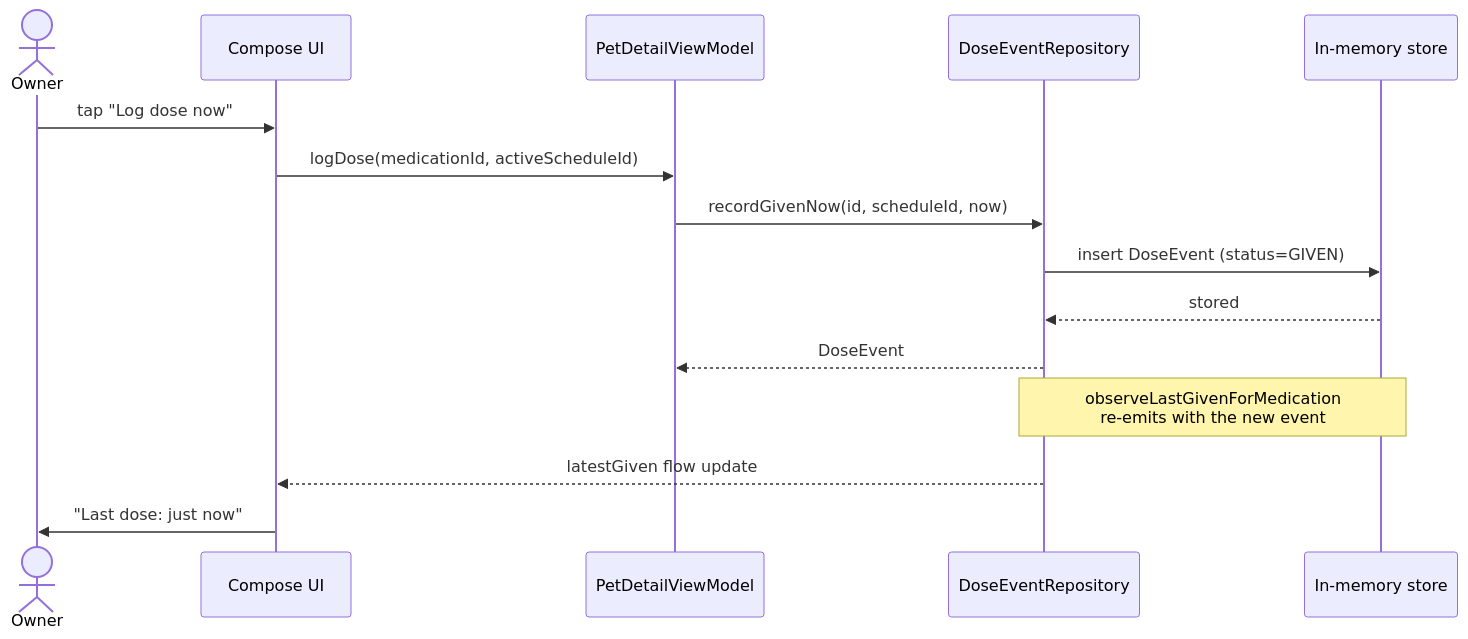
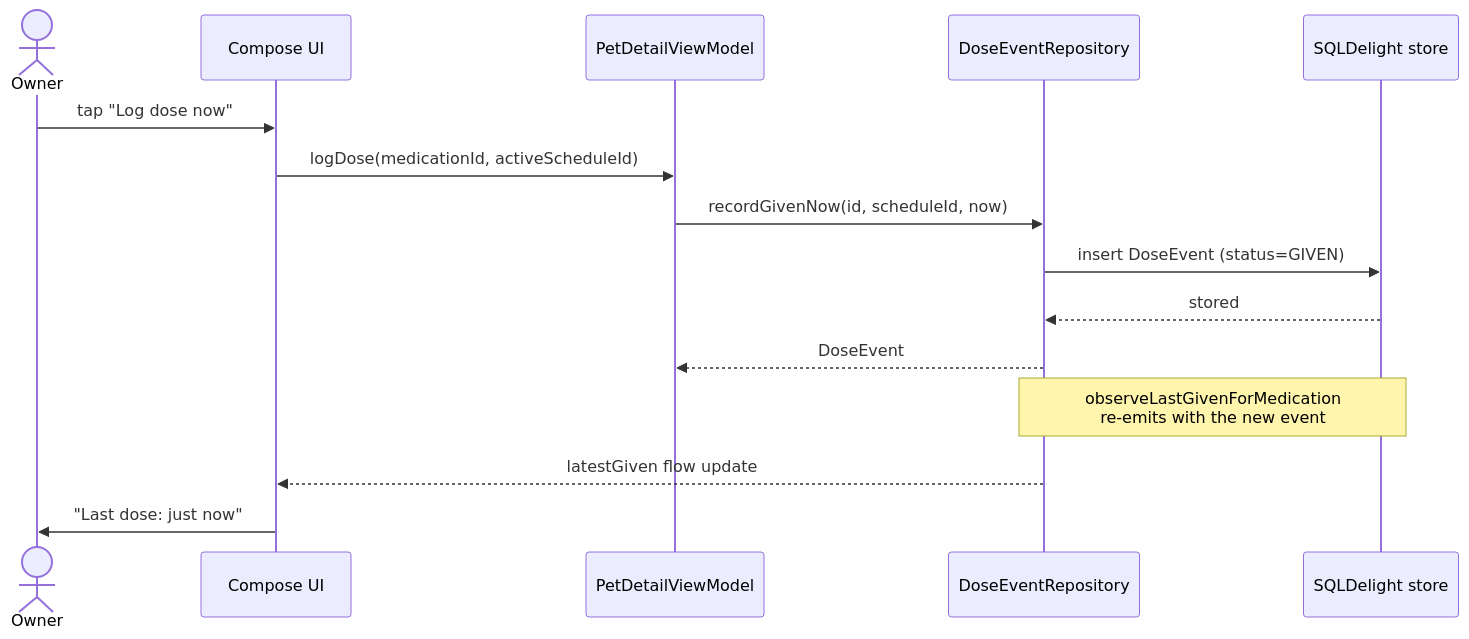
The second of 3 diagrams in docs/ARCHITECTURE.md (weijia-89/toebeans), drawn with Mermaid before and after one commit. The commit also changed other lines of this file and 14 other files, not shown here.

````diff
--- a/docs/ARCHITECTURE.md
+++ b/docs/ARCHITECTURE.md
@@ -61,18 +61,18 @@
 ```mermaid
 sequenceDiagram
     actor Owner
     participant UI as Compose UI
     participant VM as PetDetailViewModel
     participant Repo as DoseEventRepository
-    participant Store as In-memory store
+    participant Store as SQLDelight store
 
     Owner->>UI: tap "Log dose now"
     UI->>VM: logDose(medicationId, activeScheduleId)
     VM->>Repo: recordGivenNow(id, scheduleId, now)
     Repo->>Store: insert DoseEvent (status=GIVEN)
     Store-->>Repo: stored
     Repo-->>VM: DoseEvent
     Note over Repo,Store: observeLastGivenForMedication<br/>re-emits with the new event
     Repo-->>UI: latestGiven flow update
     UI->>Owner: "Last dose: just now"
 ```
````
